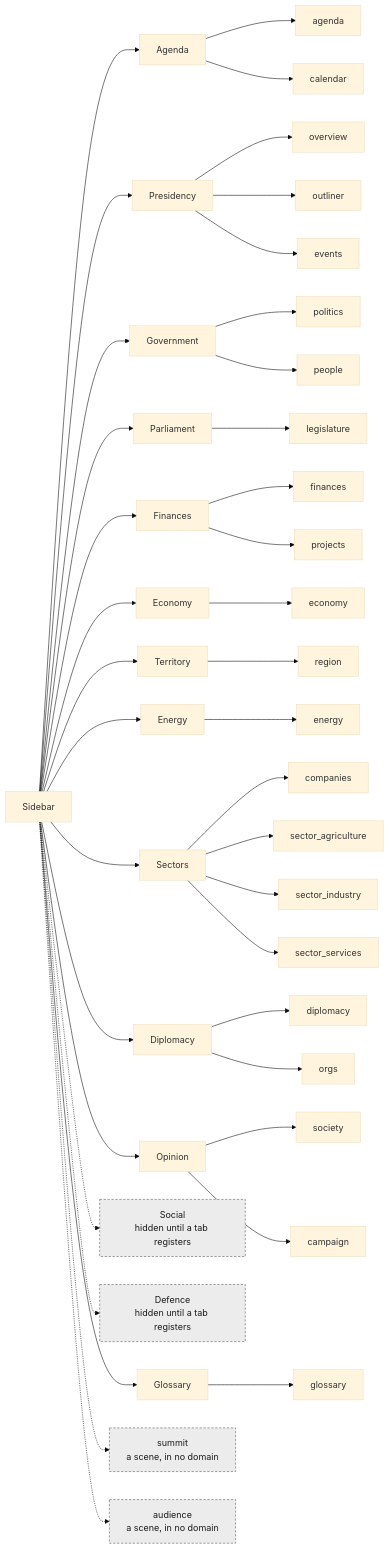
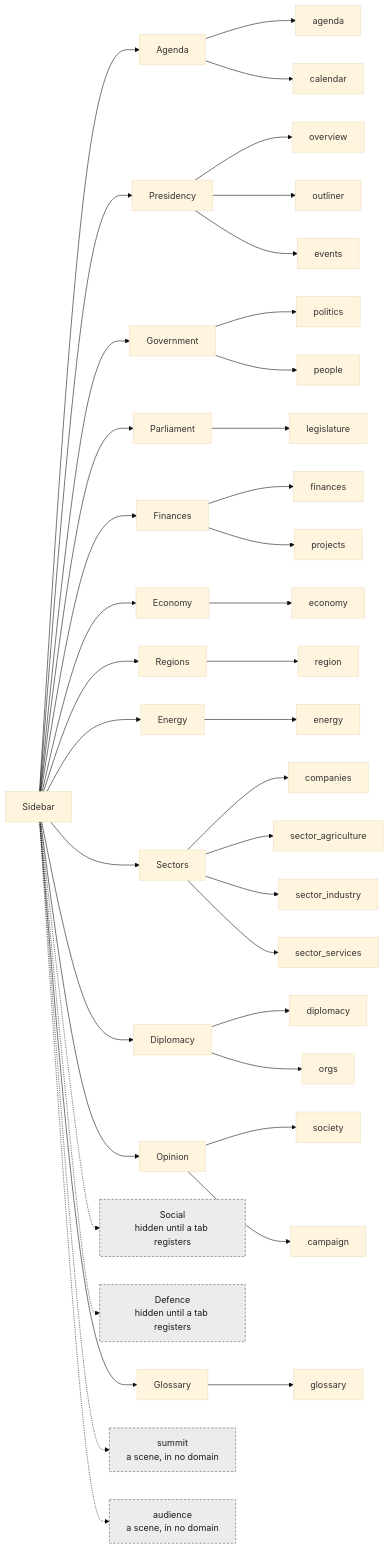
One commit to powerbassist/World-simulator changed the diagram in docs/shell.md. Above: the diagram before and after it, drawn with Mermaid (base theme). The commit also changed 21 other files, not shown here.

````diff
--- a/docs/shell.md
+++ b/docs/shell.md
@@ -25,43 +25,43 @@
 ```mermaid
 flowchart LR
   sb["Sidebar"]
   sb --> d_agenda["Agenda"]
   d_agenda --> t_agenda["agenda"]
   d_agenda --> t_calendar["calendar"]
   sb --> d_presidency["Presidency"]
   d_presidency --> t_overview["overview"]
   d_presidency --> t_outliner["outliner"]
   d_presidency --> t_events["events"]
   sb --> d_government["Government"]
   d_government --> t_politics["politics"]
   d_government --> t_people["people"]
   sb --> d_parliament["Parliament"]
   d_parliament --> t_legislature["legislature"]
   sb --> d_finances["Finances"]
   d_finances --> t_finances["finances"]
   d_finances --> t_projects["projects"]
   sb --> d_economy["Economy"]
   d_economy --> t_economy["economy"]
-  sb --> d_territory["Territory"]
+  sb --> d_territory["Regions"]
   d_territory --> t_region["region"]
   sb --> d_energy["Energy"]
   d_energy --> t_energy["energy"]
   sb --> d_sectors["Sectors"]
   d_sectors --> t_companies["companies"]
   d_sectors --> t_sector_agriculture["sector_agriculture"]
   d_sectors --> t_sector_industry["sector_industry"]
   d_sectors --> t_sector_services["sector_services"]
   sb --> d_diplomacy["Diplomacy"]
   d_diplomacy --> t_diplomacy["diplomacy"]
   d_diplomacy --> t_orgs["orgs"]
   sb --> d_opinion["Opinion"]
   d_opinion --> t_society["society"]
   d_opinion --> t_campaign["campaign"]
   sb -.-> d_social["Social<br/>hidden until a tab registers"]:::hidden
   sb -.-> d_defence["Defence<br/>hidden until a tab registers"]:::hidden
   sb --> d_glossary["Glossary"]
   d_glossary --> t_glossary["glossary"]
   sb -.-> s_summit["summit<br/>a scene, in no domain"]:::hidden
   sb -.-> s_audience["audience<br/>a scene, in no domain"]:::hidden
   classDef hidden stroke-dasharray:4 3,fill:#ececec,stroke:#555,color:#1a1a1a
 ```
````
